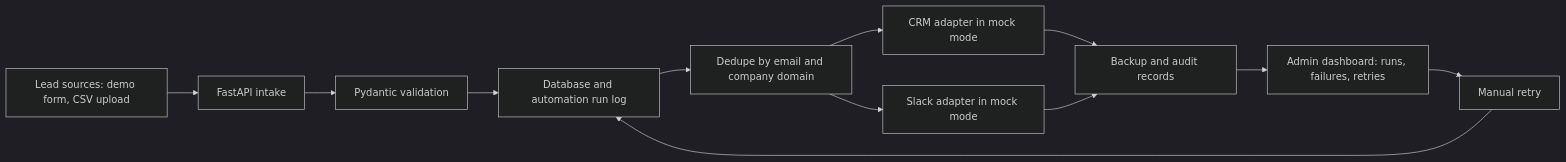
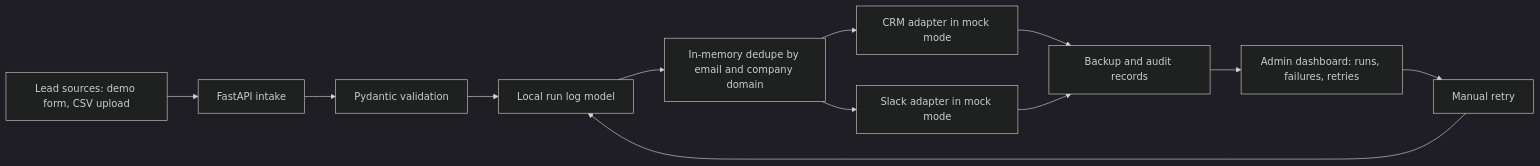
Before and after one commit to 0klochok/salesops-workflow-automation-hub: the diagram in DESIGN.md, drawn with Mermaid (dark theme). The commit also changed other lines of this file and 23 other files, not shown here.

````diff
--- a/DESIGN.md
+++ b/DESIGN.md
@@ -71,14 +71,14 @@
 ```mermaid
 flowchart LR
     A["Lead sources: demo form, CSV upload"] --> B["FastAPI intake"]
     B --> C["Pydantic validation"]
-    C --> D["Database and automation run log"]
-    D --> E["Dedupe by email and company domain"]
+    C --> D["Local run log model"]
+    D --> E["In-memory dedupe by email and company domain"]
     E --> F["CRM adapter in mock mode"]
     E --> G["Slack adapter in mock mode"]
     F --> H["Backup and audit records"]
     G --> H
     H --> I["Admin dashboard: runs, failures, retries"]
     I --> J["Manual retry"]
     J --> D
 ```
````
